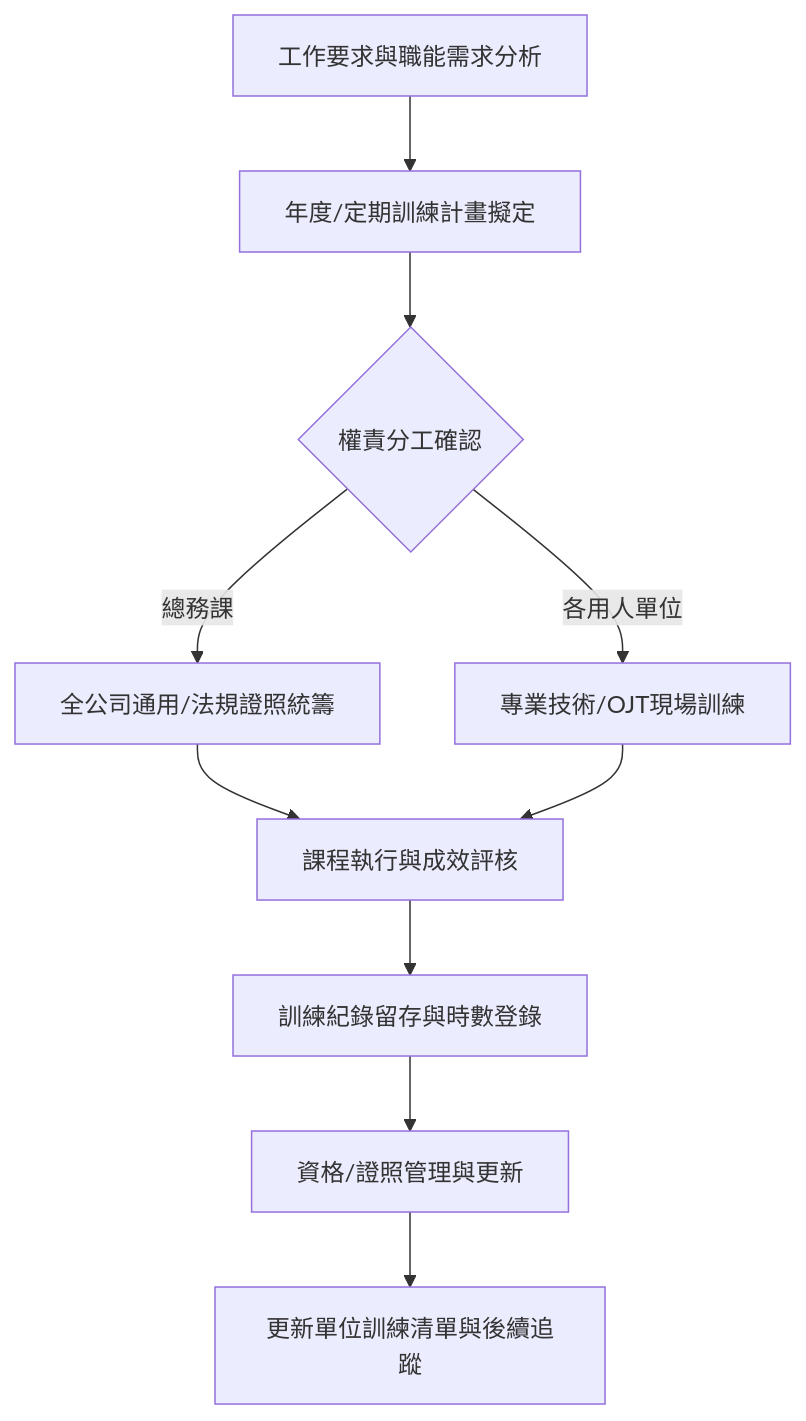
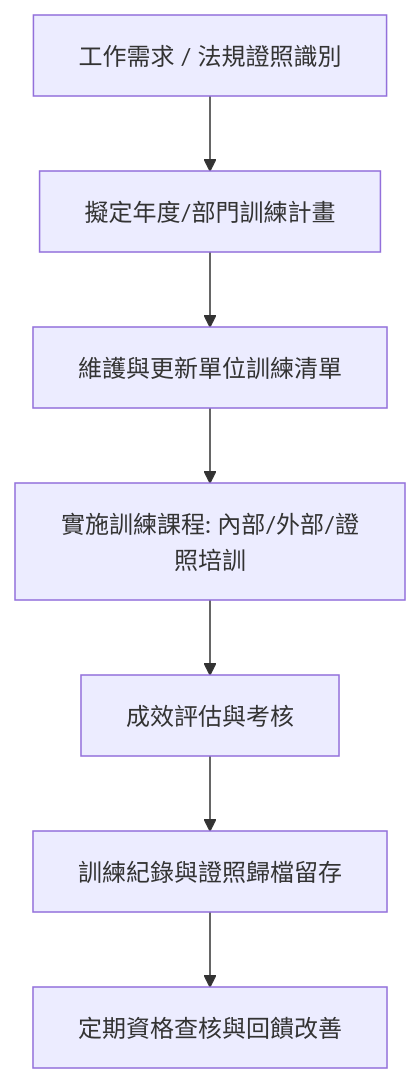
The diagram in 專案備份/00_最近7天收工快照/20260906_收工備份/backend/materials/C10200-EDU-01 教育訓練作業管理辦法4.0版_鴻勝公司模板.md (shihwei0809/google-agent), drawn with Mermaid before and after one commit. The commit also changed other lines of this file and 5 other files, not shown here.

````diff
--- a/專案備份/00_最近7天收工快照/20260906_收工備份/backend/materials/C10200-EDU-01 教育訓練作業管理辦法4.0版_鴻勝公司模板.md
+++ b/專案備份/00_最近7天收工快照/20260906_收工備份/backend/materials/C10200-EDU-01 教育訓練作業管理辦法4.0版_鴻勝公司模板.md
@@ -19,12 +15,9 @@
 ```mermaid
 graph TD
-    A[工作要求與職能需求分析] --> B[年度/定期訓練計畫擬定]
-    B --> C{權責分工確認}
-    C -->|總務課| D1[全公司通用/法規證照統籌]
-    C -->|各用人單位| D2[專業技術/OJT現場訓練]
-    D1 --> E[課程執行與成效評核]
-    D2 --> E
-    E --> F[訓練紀錄留存與時數登錄]
-    F --> G[資格/證照管理與更新]
-    G --> H[更新單位訓練清單與後續追蹤]
+    A[工作需求 / 法規證照識別] --> B[擬定年度/部門訓練計畫]
+    B --> C[維護與更新單位訓練清單]
+    C --> D[實施訓練課程: 內部/外部/證照培訓]
+    D --> E[成效評估與考核]
+    E --> F[訓練紀錄與證照歸檔留存]
+    F --> G[定期資格查核與回饋改善]
 ```
````
